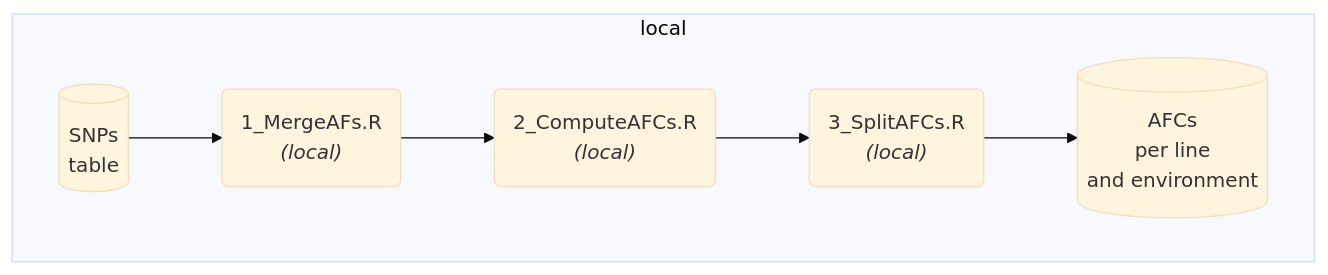
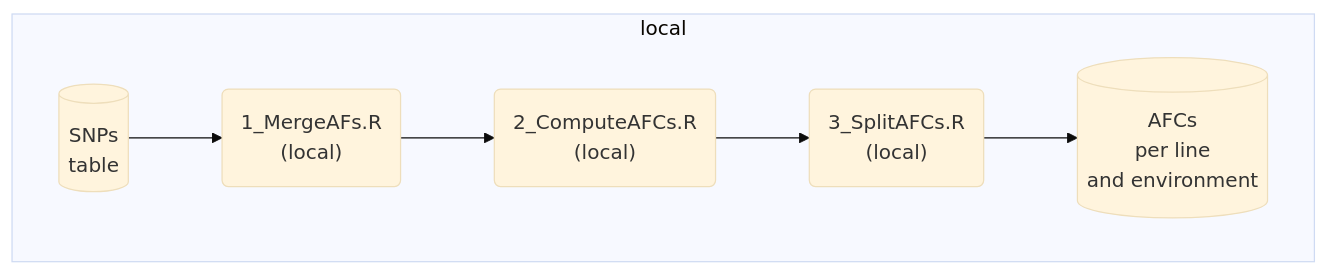
One commit to charlesrocabert/Tribolium-castaneum-transcriptomics-pipeline changed the sixth of 12 diagrams in README.md. Above: the diagram before and after it, drawn with Mermaid (base theme). The commit also changed other lines of this file, not shown here.

````diff
--- a/README.md
+++ b/README.md
@@ -380,10 +380,10 @@
 ```mermaid
 flowchart LR
 subgraph "local"
 direction LR
-A[("SNPs<br/>table")] --> B("1_MergeAFs.R<br/><em>(local)</em>")
-B --> C("2_ComputeAFCs.R<br/><em>(local)</em>")
-C --> D("3_SplitAFCs.R<br/><em>(local)</em>")
+A[("SNPs<br/>table")] --> B("1_MergeAFs.R<br/>(local)")
+B --> C("2_ComputeAFCs.R<br/>(local)")
+C --> D("3_SplitAFCs.R<br/>(local)")
 D --> E[("AFCs<br/>per line<br/>and environment")]
 end
 ```
````
